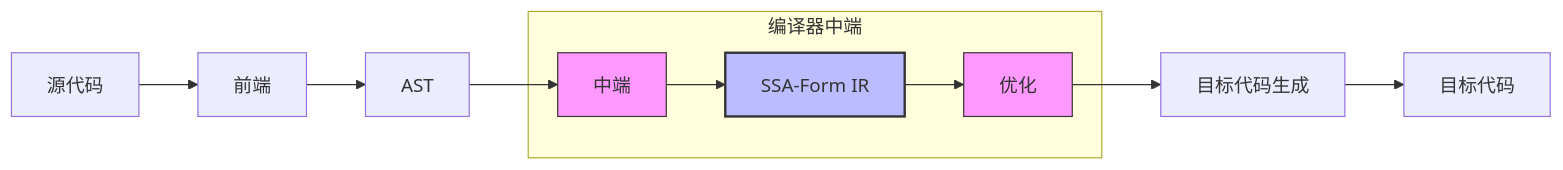
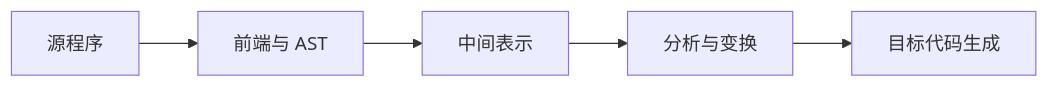
One commit to yaklang/ssa.to changed the diagram in static-analysis-guide/intro.mdx. Above: the diagram before and after it, drawn with Mermaid. The commit also changed other lines of this file and 91 other files, not shown here.

````diff
--- a/static-analysis-guide/intro.mdx
+++ b/static-analysis-guide/intro.mdx
@@ -19,20 +19,7 @@
 ```mermaid
 flowchart LR
-  A[源代码] --> B[前端]
-  B --> C[AST]
-  C --> D[中端]
-  D --> E[SSA-Form IR]
-  E --> F[优化]
-  F --> G[目标代码生成]
-  G --> H[目标代码]
-  
-  subgraph "编译器中端"
-      D
-      E
-      F
-  end
-  
-  style E fill:#bbf,stroke:#333,stroke-width:2px
-  style D fill:#f9f,stroke:#333
-  style F fill:#f9f,stroke:#333
+  Source[源程序] --> Frontend[前端与 AST]
+  Frontend --> IR[中间表示]
+  IR --> Analysis[分析与变换]
+  Analysis --> Backend[目标代码生成]
 ```
````
